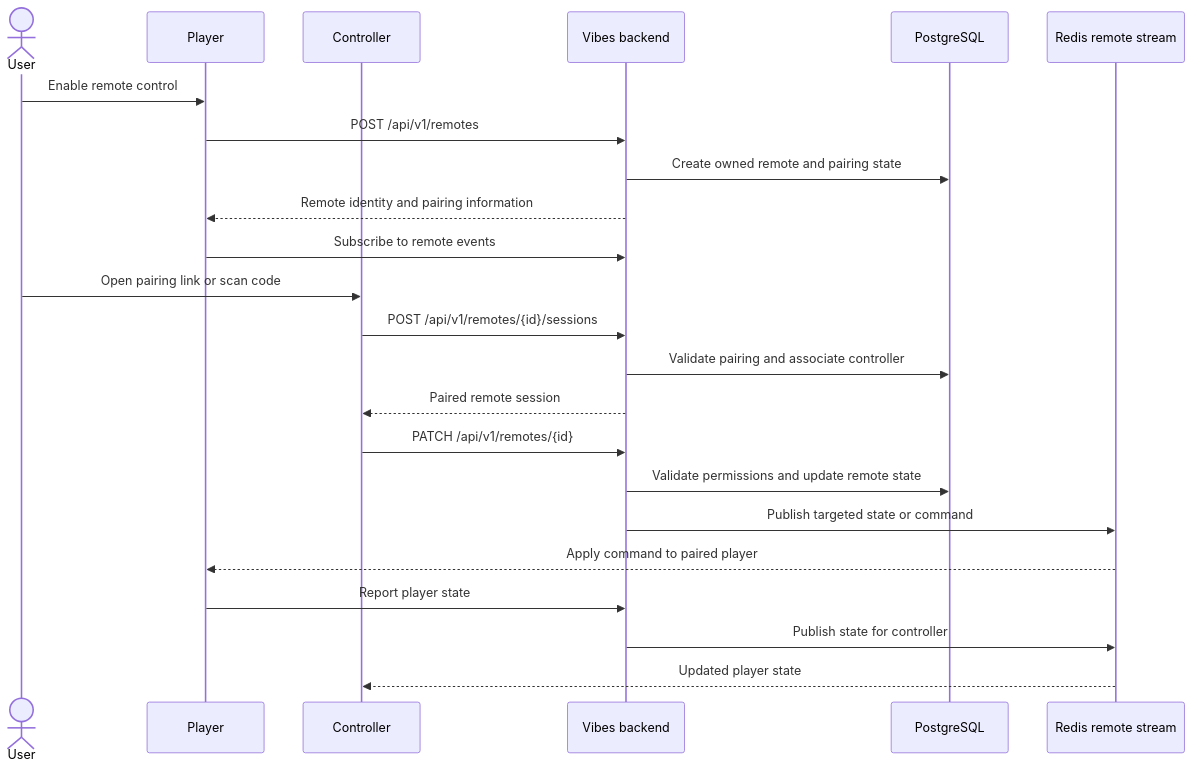
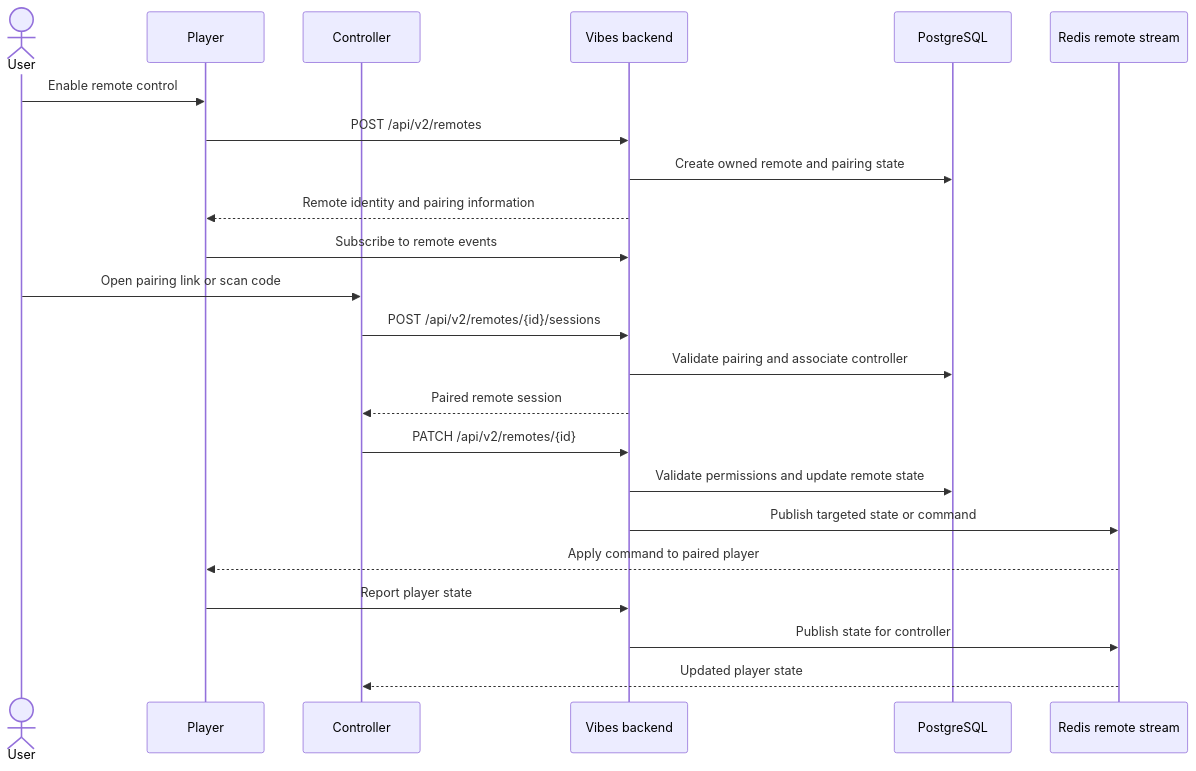
One commit to zoff-music/vibes-backend changed the diagram in docs/flows/remote.md. Above: the diagram before and after it, drawn with Mermaid. The commit also changed 47 other files, not shown here.

````diff
--- a/docs/flows/remote.md
+++ b/docs/flows/remote.md
@@ -8,26 +8,26 @@
 ```mermaid
 sequenceDiagram
     actor User
     participant Player
     participant Controller
     participant API as Vibes backend
     participant DB as PostgreSQL
     participant Events as Redis remote stream
 
     User->>Player: Enable remote control
-    Player->>API: POST /api/v1/remotes
+    Player->>API: POST /api/v2/remotes
     API->>DB: Create owned remote and pairing state
     API-->>Player: Remote identity and pairing information
     Player->>API: Subscribe to remote events
     User->>Controller: Open pairing link or scan code
-    Controller->>API: POST /api/v1/remotes/{id}/sessions
+    Controller->>API: POST /api/v2/remotes/{id}/sessions
     API->>DB: Validate pairing and associate controller
     API-->>Controller: Paired remote session
-    Controller->>API: PATCH /api/v1/remotes/{id}
+    Controller->>API: PATCH /api/v2/remotes/{id}
     API->>DB: Validate permissions and update remote state
     API->>Events: Publish targeted state or command
     Events-->>Player: Apply command to paired player
     Player->>API: Report player state
     API->>Events: Publish state for controller
     Events-->>Controller: Updated player state
 ```
````
